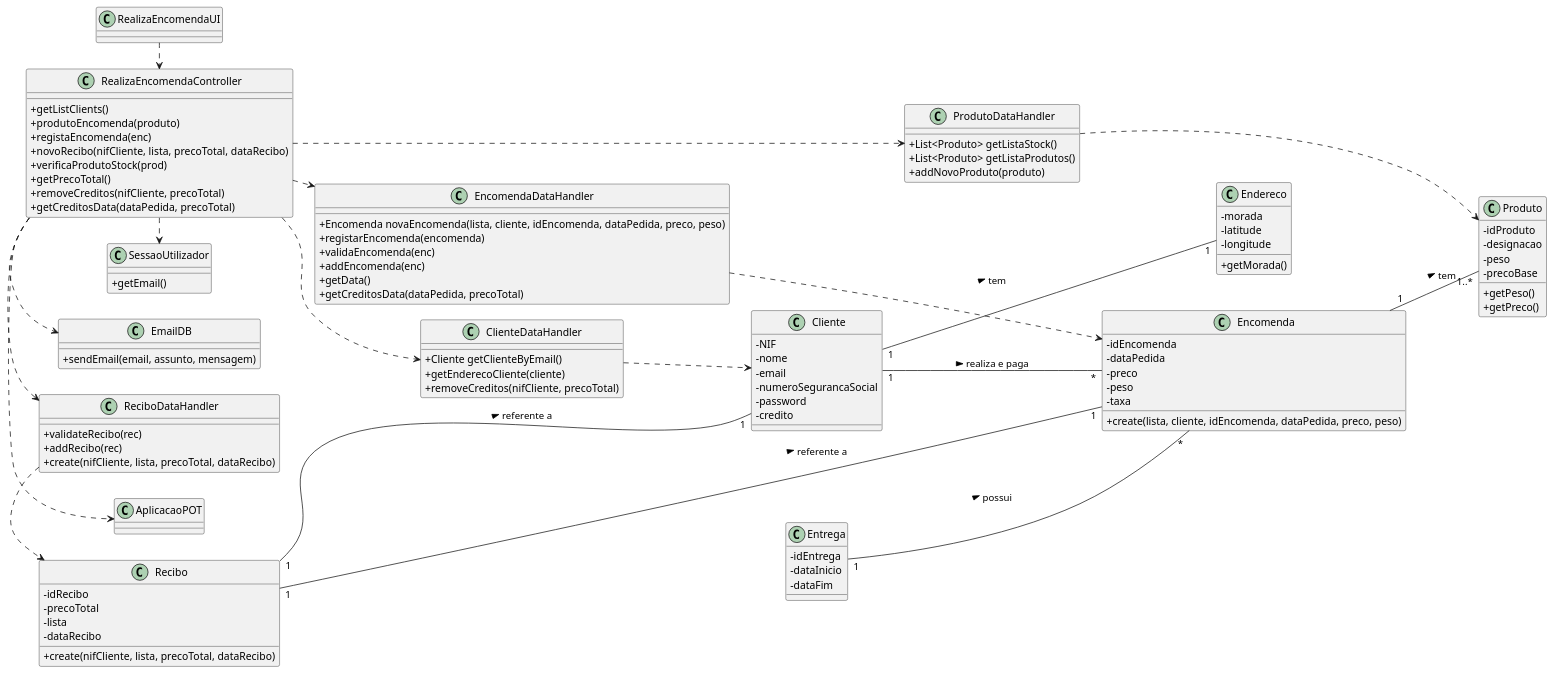
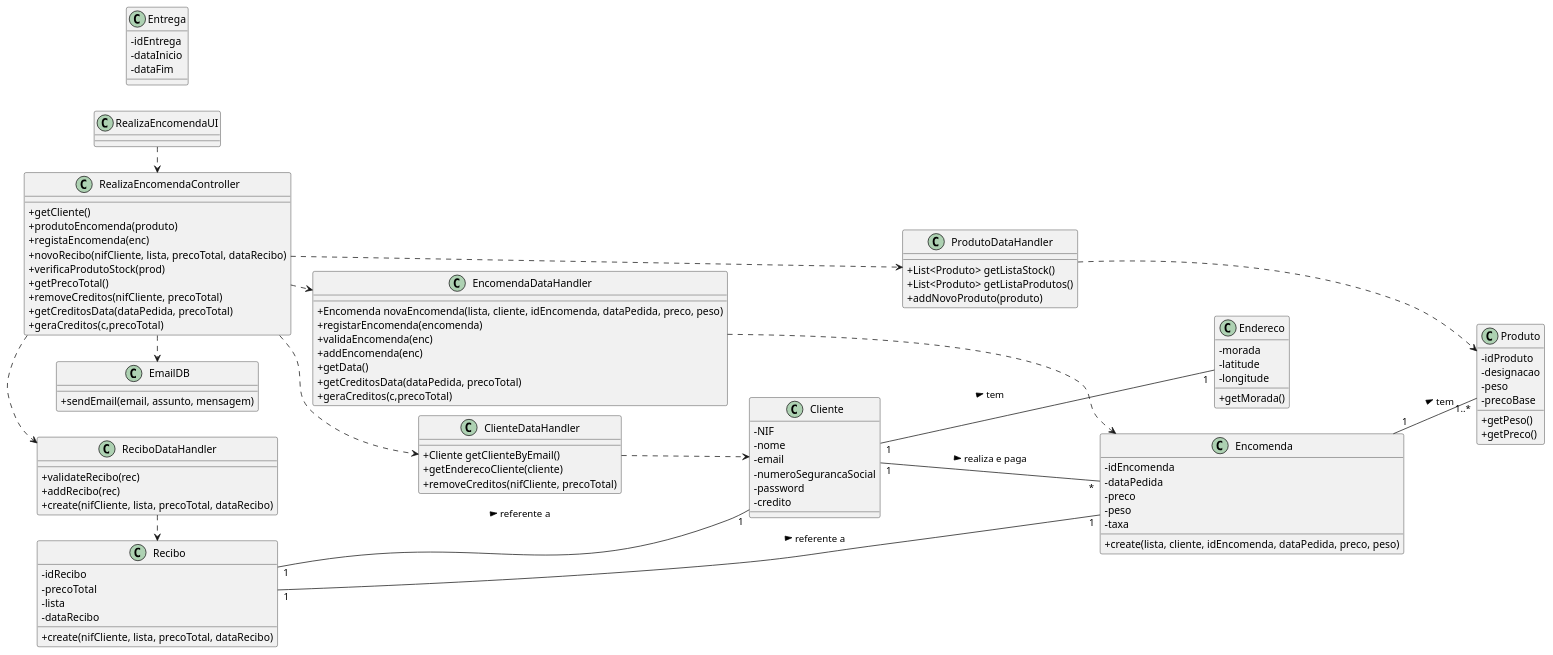
The diagram in docs/UC25/CD.puml (pedrolemos4/LAPR3), drawn with PlantUML before and after one commit. The commit also changed 3 other files, not shown here.

```diff
--- a/docs/UC25/CD.puml
+++ b/docs/UC25/CD.puml
@@ -1,125 +1,120 @@
 @startuml
 skinparam classAttributeIconSize 0
 left to right direction
 
 
 class RealizaEncomendaUI {
     
 }
 
 class RealizaEncomendaController {
-    +getListClients()
+    +getCliente()
     +produtoEncomenda(produto)
     +registaEncomenda(enc)
     +novoRecibo(nifCliente, lista, precoTotal, dataRecibo)
     +verificaProdutoStock(prod)
     +getPrecoTotal()
     +removeCreditos(nifCliente, precoTotal)
     +getCreditosData(dataPedida, precoTotal)
+    +geraCreditos(c,precoTotal)
 }
 
 class ClienteDataHandler {
     +Cliente getClienteByEmail()
     +getEnderecoCliente(cliente)
     +removeCreditos(nifCliente, precoTotal)
 }
 
 class EmailDB {
     +sendEmail(email, assunto, mensagem)
 }
 
 class ReciboDataHandler {
     +validateRecibo(rec)
     +addRecibo(rec)
     +create(nifCliente, lista, precoTotal, dataRecibo)
 }
 
 class ProdutoDataHandler {
     +List<Produto> getListaStock()
     +List<Produto> getListaProdutos()
     +addNovoProduto(produto)
 }
 
 class EncomendaDataHandler {
     +Encomenda novaEncomenda(lista, cliente, idEncomenda, dataPedida, preco, peso)
     +registarEncomenda(encomenda)
     +validaEncomenda(enc)
     +addEncomenda(enc)
     +getData()
     +getCreditosData(dataPedida, precoTotal)
-}
-
-class SessaoUtilizador{
-  +getEmail()
+    +geraCreditos(c,precoTotal)
 }
 
 class Entrega {
   -idEntrega
   -dataInicio
   -dataFim
 }
 
 class Recibo {
   -idRecibo
   -precoTotal
   -lista
   -dataRecibo
   +create(nifCliente, lista, precoTotal, dataRecibo)
 }
 
 class Encomenda {
   -idEncomenda
   -dataPedida
   -preco
   -peso
   -taxa
   +create(lista, cliente, idEncomenda, dataPedida, preco, peso)
 }
 
 class Produto {
     -idProduto
     -designacao
     -peso
     -precoBase
     +getPeso()
     +getPreco()
 }
 
 class Endereco {
   -morada
   -latitude
   -longitude
   +getMorada()
 }
 
 class Cliente {
   -NIF
   -nome
   -email
   -numeroSegurancaSocial
   -password
   -credito
 }
 
 RealizaEncomendaUI .> RealizaEncomendaController
-RealizaEncomendaController .> SessaoUtilizador
-RealizaEncomendaController .> AplicacaoPOT
 RealizaEncomendaController .> ClienteDataHandler
 RealizaEncomendaController .> ProdutoDataHandler
 RealizaEncomendaController .> EncomendaDataHandler
 RealizaEncomendaController .> ReciboDataHandler
 RealizaEncomendaController .> EmailDB
 
 ClienteDataHandler .> Cliente
 ProdutoDataHandler .> Produto
 EncomendaDataHandler .> Encomenda
 ReciboDataHandler .> Recibo
 
 Recibo "1" -- "1" Encomenda: referente a >
 Recibo "1" -- "1" Cliente: referente a >
-Entrega "1" -- "*" Encomenda : possui >
 Cliente "1" -- "*" Encomenda: realiza e paga >
 Encomenda "1" -- "1..*" Produto: tem >
 Cliente "1" -- "1" Endereco: tem >
 
 @enduml
```
